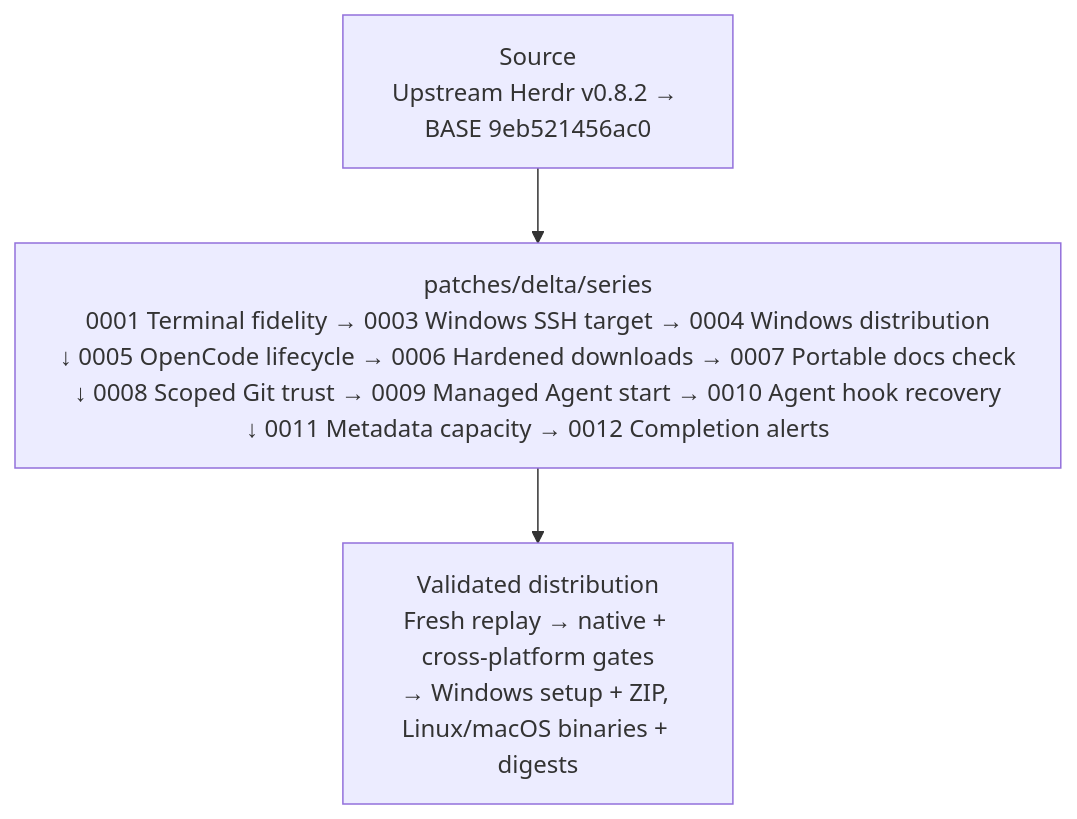
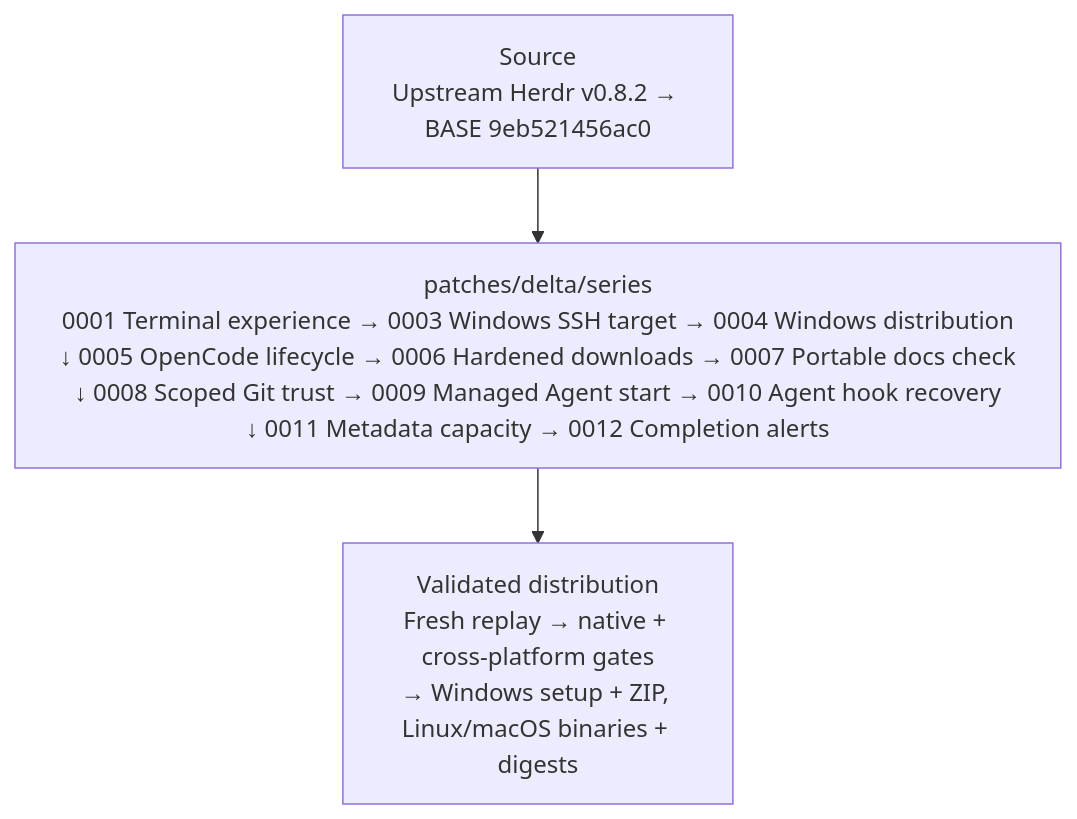
One commit to hdosys/herdr-win changed the diagram in README.md. Above: the diagram before and after it, drawn with Mermaid. The commit also changed other lines of this file and 3 other files, not shown here.

````diff
--- a/README.md
+++ b/README.md
@@ -22,7 +28,7 @@
 ```mermaid
 flowchart TB
     S["Source<br/>Upstream Herdr v0.8.2 → BASE 9eb521456ac0"]
-    Q["patches/delta/series<br/>0001&nbsp;Terminal&nbsp;fidelity&nbsp;→&nbsp;0003&nbsp;Windows&nbsp;SSH&nbsp;target&nbsp;→&nbsp;0004&nbsp;Windows&nbsp;distribution<br/>↓&nbsp;0005&nbsp;OpenCode&nbsp;lifecycle&nbsp;→&nbsp;0006&nbsp;Hardened&nbsp;downloads&nbsp;→&nbsp;0007&nbsp;Portable&nbsp;docs&nbsp;check<br/>↓&nbsp;0008&nbsp;Scoped&nbsp;Git&nbsp;trust&nbsp;→&nbsp;0009&nbsp;Managed&nbsp;Agent&nbsp;start&nbsp;→&nbsp;0010&nbsp;Agent&nbsp;hook&nbsp;recovery<br/>↓&nbsp;0011&nbsp;Metadata&nbsp;capacity&nbsp;→&nbsp;0012&nbsp;Completion&nbsp;alerts"]
+    Q["patches/delta/series<br/>0001&nbsp;Terminal&nbsp;experience&nbsp;→&nbsp;0003&nbsp;Windows&nbsp;SSH&nbsp;target&nbsp;→&nbsp;0004&nbsp;Windows&nbsp;distribution<br/>↓&nbsp;0005&nbsp;OpenCode&nbsp;lifecycle&nbsp;→&nbsp;0006&nbsp;Hardened&nbsp;downloads&nbsp;→&nbsp;0007&nbsp;Portable&nbsp;docs&nbsp;check<br/>↓&nbsp;0008&nbsp;Scoped&nbsp;Git&nbsp;trust&nbsp;→&nbsp;0009&nbsp;Managed&nbsp;Agent&nbsp;start&nbsp;→&nbsp;0010&nbsp;Agent&nbsp;hook&nbsp;recovery<br/>↓&nbsp;0011&nbsp;Metadata&nbsp;capacity&nbsp;→&nbsp;0012&nbsp;Completion&nbsp;alerts"]
     V["Validated distribution<br/>Fresh replay → native + cross-platform gates<br/>→ Windows setup + ZIP, Linux/macOS binaries + digests"]
     S --> Q --> V
 ```
````
